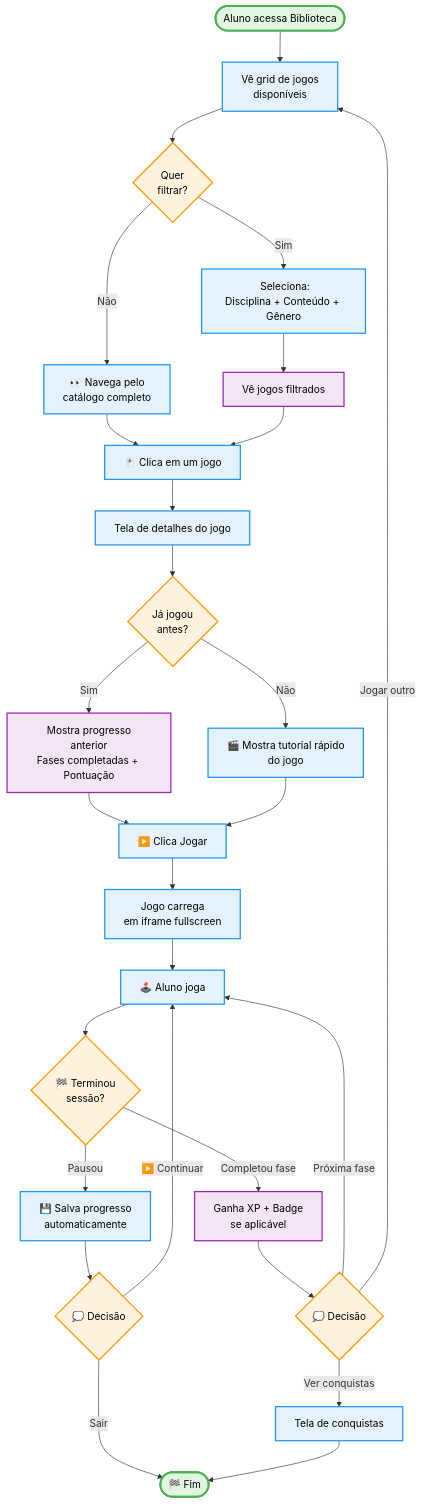
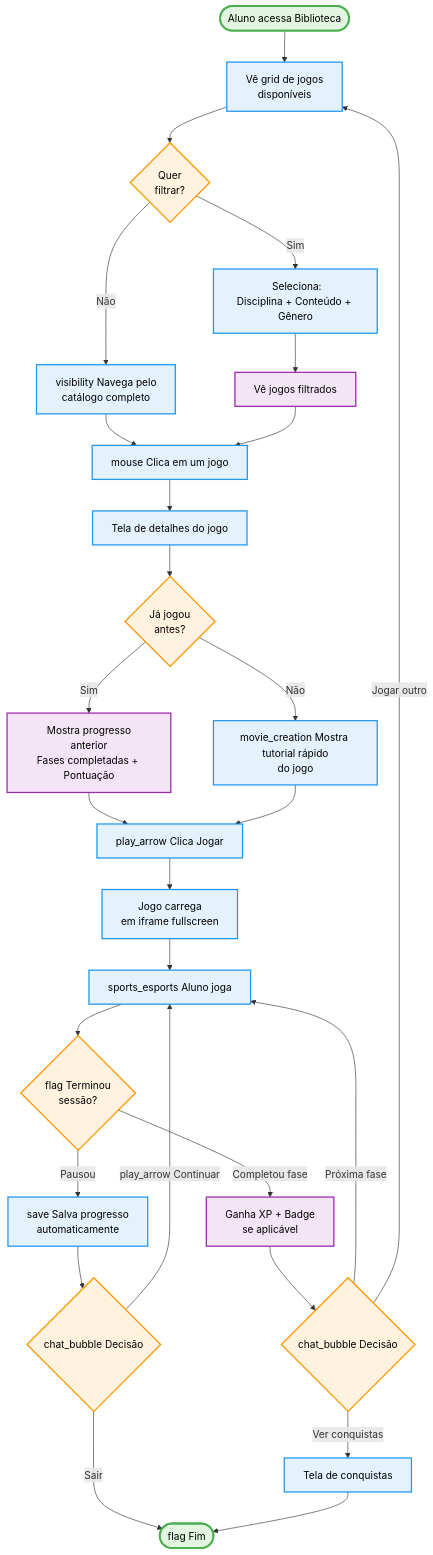
Before and after one commit to fabioeducacross/Ambiente_de_Prototipacao_V5: the diagram in documentation/docs/journeys/student/library-games.md, drawn with Mermaid. The commit also changed other lines of this file and 46 other files, not shown here.

First line of the commit message:
feat: substitui emojis por Material Symbols icons na wiki

````diff
--- a/documentation/docs/journeys/student/library-games.md
+++ b/documentation/docs/journeys/student/library-games.md
@@ -46,51 +46,51 @@
 ```mermaid
 graph TD
     Start([<IconHome /> Aluno acessa Biblioteca]) --> GameLibrary[<IconGame /> Vê grid de jogos<br/>disponíveis]
     GameLibrary --> Filters{<IconSearch /> Quer<br/>filtrar?}
     
     Filters -->|<IconCheck /> Sim| ApplyFilters[<IconClipboard /> Seleciona:<br/>Disciplina + Conteúdo + Gênero]
-    Filters -->|<IconX /> Não| Browse[👀 Navega pelo<br/>catálogo completo]
+    Filters -->|<IconX /> Não| Browse[<span class="material-symbols-outlined">visibility</span> Navega pelo<br/>catálogo completo]
     
     ApplyFilters --> FilteredResults[<IconTarget /> Vê jogos filtrados]
-    Browse --> SelectGame[🖱️ Clica em um jogo]
+    Browse --> SelectGame[<span class="material-symbols-outlined">mouse</span> Clica em um jogo]
     FilteredResults --> SelectGame
     
     SelectGame --> GameDetail[<IconBookOpen /> Tela de detalhes do jogo]
     GameDetail --> CheckProgress{<IconChart /> Já jogou<br/>antes?}
     
     CheckProgress -->|<IconCheck /> Sim| ShowProgress[<IconSparkle /> Mostra progresso anterior<br/>Fases completadas + Pontuação]
-    CheckProgress -->|<IconX /> Não| ShowIntro[🎬 Mostra tutorial rápido<br/>do jogo]
+    CheckProgress -->|<IconX /> Não| ShowIntro[<span class="material-symbols-outlined">movie_creation</span> Mostra tutorial rápido<br/>do jogo]
     
-    ShowProgress --> StartGame[▶️ Clica Jogar]
+    ShowProgress --> StartGame[<span class="material-symbols-outlined">play_arrow</span> Clica Jogar]
     ShowIntro --> StartGame
     
     StartGame --> GameIframe[<IconGame /> Jogo carrega<br/>em iframe fullscreen]
-    GameIframe --> Playing[🕹️ Aluno joga]
+    GameIframe --> Playing[<span class="material-symbols-outlined">sports_esports</span> Aluno joga]
     
-    Playing --> GameEnd{🏁 Terminou<br/>sessão?}
+    Playing --> GameEnd{<span class="material-symbols-outlined">flag</span> Terminou<br/>sessão?}
     
-    GameEnd -->|<IconX /> Pausou| SaveProgress[💾 Salva progresso<br/>automaticamente]
+    GameEnd -->|<IconX /> Pausou| SaveProgress[<span class="material-symbols-outlined">save</span> Salva progresso<br/>automaticamente]
     GameEnd -->|<IconCheck /> Completou fase| EarnRewards[<IconTrending /> Ganha XP + Badge<br/>se aplicável]
     
-    SaveProgress --> Decision1{💭 Decisão}
-    EarnRewards --> Decision2{💭 Decisão}
+    SaveProgress --> Decision1{<span class="material-symbols-outlined">chat_bubble</span> Decisão}
+    EarnRewards --> Decision2{<span class="material-symbols-outlined">chat_bubble</span> Decisão}
     
-    Decision1 -->|▶️ Continuar| Playing
-    Decision1 -->|<IconHome /> Sair| End([🏁 Fim])
+    Decision1 -->|<span class="material-symbols-outlined">play_arrow</span> Continuar| Playing
+    Decision1 -->|<IconHome /> Sair| End([<span class="material-symbols-outlined">flag</span> Fim])
     
     Decision2 -->|<IconGame /> Próxima fase| Playing
     Decision2 -->|<IconTrending /> Ver conquistas| ShowAchievements[<IconChart /> Tela de conquistas]
     Decision2 -->|<IconGame /> Jogar outro| GameLibrary
     
     ShowAchievements --> End
     
     classDef startEnd fill:#e1f5e1,stroke:#4caf50,stroke-width:3px,color:#000
     classDef action fill:#e3f2fd,stroke:#2196f3,stroke-width:2px,color:#000
     classDef decision fill:#fff3e0,stroke:#ff9800,stroke-width:2px,color:#000
     classDef reward fill:#f3e5f5,stroke:#9c27b0,stroke-width:2px,color:#000
     
     class Start,End startEnd
     class GameLibrary,ApplyFilters,Browse,SelectGame,GameDetail,ShowIntro,StartGame,GameIframe,Playing,SaveProgress,ShowAchievements action
     class Filters,CheckProgress,GameEnd,Decision1,Decision2 decision
     class FilteredResults,ShowProgress,EarnRewards reward
 ```
````
